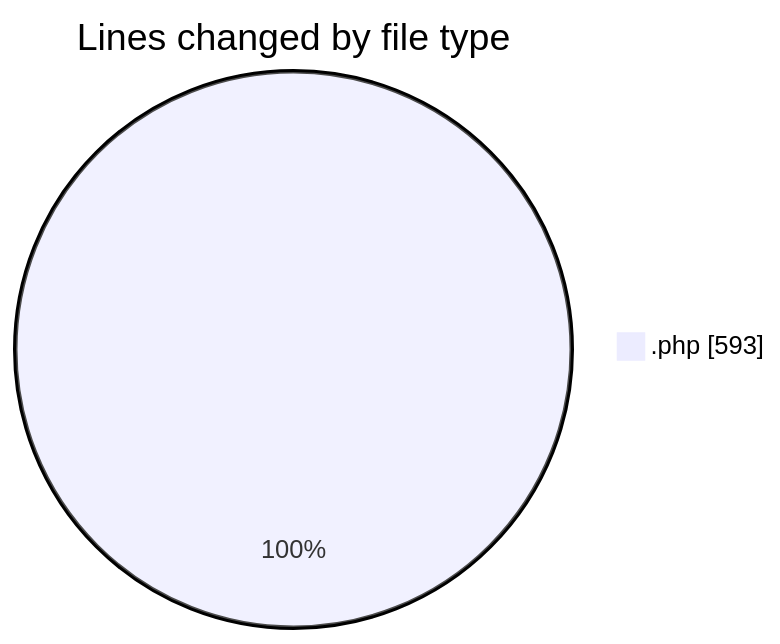
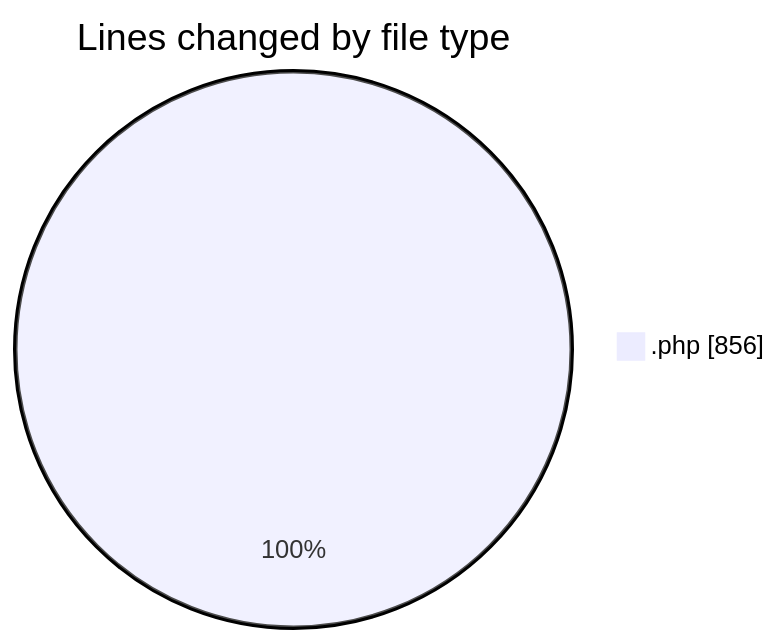
The first of 2 diagrams in 2025-11-04/web/README.md (LanceThiago/code-tracking), drawn with Mermaid before and after one commit. The commit also changed other lines of this file and 1 other file, not shown here.

````diff
--- a/2025-11-04/web/README.md
+++ b/2025-11-04/web/README.md
@@ -28,5 +29,5 @@
 ```mermaid
 pie showData
 title Lines changed by file type
-".php" : 593
+".php" : 856
 ```
````
